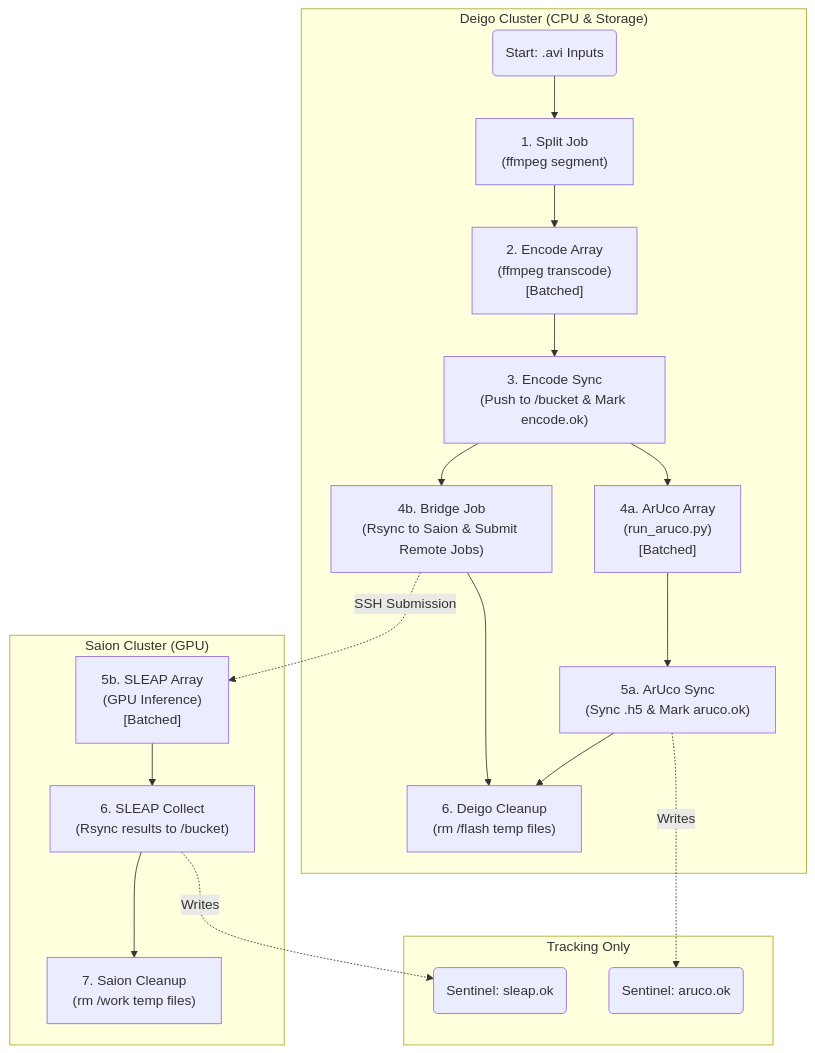
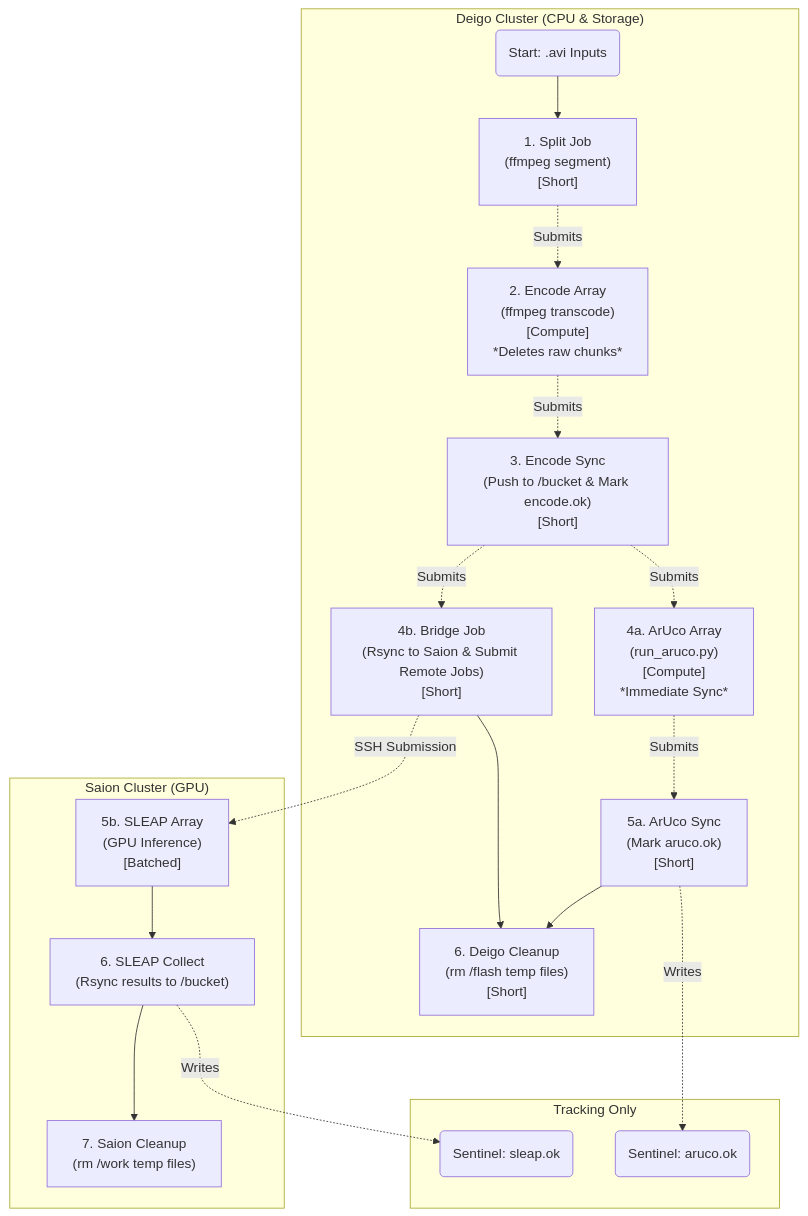
The diagram in transcode_sleap_aruco_flow.md (oist/AntsArray), drawn with Mermaid before and after one commit. The commit also changed 1 other file, not shown here.

Commit message:
Update processing flow diagram and documentation
Added flow.png to visually represent the processing pipeline. Updated transcode_sleap_aruco_flow.md to clarify job types, add more detail to each step, and improve the description of the workflow.

````diff
--- a/transcode_sleap_aruco_flow.md
+++ b/transcode_sleap_aruco_flow.md
@@ -1,29 +1,30 @@
 ```mermaid
 
 graph TD
 
     subgraph Deigo["Deigo Cluster (CPU & Storage)"]
-        Start(Start: .avi Inputs) --> Split["1. Split Job<br/>(ffmpeg segment)"]
-        Split --> EncArray["2. Encode Array<br/>(ffmpeg transcode)<br/>[Batched]"]
-        EncArray --> EncSync["3. Encode Sync<br/>(Push to /bucket & Mark encode.ok)"]
+        Start(Start: .avi Inputs) --> Split["1. Split Job<br/>(ffmpeg segment)<br/>[Short]"]
+        
+        Split -.-> |Submits| EncArray["2. Encode Array<br/>(ffmpeg transcode)<br/>[Compute]<br/>*Deletes raw chunks*"]
+        EncArray -.-> |Submits| EncSync["3. Encode Sync<br/>(Push to /bucket & Mark encode.ok)<br/>[Short]"]
 
-        EncSync --> ArucoArray["4a. ArUco Array<br/>(run_aruco.py)<br/>[Batched]"]
-        EncSync --> Bridge["4b. Bridge Job<br/>(Rsync to Saion & Submit Remote Jobs)"]
-
-        ArucoArray --> ArucoSync["5a. ArUco Sync<br/>(Sync .h5 & Mark aruco.ok)"]
+        EncSync -.-> |Submits| ArucoArray["4a. ArUco Array<br/>(run_aruco.py)<br/>[Compute]<br/>*Immediate Sync*"]
+        EncSync -.-> |Submits| Bridge["4b. Bridge Job<br/>(Rsync to Saion & Submit Remote Jobs)<br/>[Short]"]
         
-        Bridge --> DeigoCleanup["6. Deigo Cleanup<br/>(rm /flash temp files)"]
+        ArucoArray -.-> |Submits| ArucoSync["5a. ArUco Sync<br/>(Mark aruco.ok)<br/>[Short]"]
+        
+        Bridge --> DeigoCleanup["6. Deigo Cleanup<br/>(rm /flash temp files)<br/>[Short]"]
         ArucoSync --> DeigoCleanup
     end
 
     subgraph Saion["Saion Cluster (GPU)"]
         Bridge -.-> |SSH Submission| SleapArray["5b. SLEAP Array<br/>(GPU Inference)<br/>[Batched]"]
         SleapArray --> SleapCollect["6. SLEAP Collect<br/>(Rsync results to /bucket)"]
         SleapCollect --> SaionCleanup["7. Saion Cleanup<br/>(rm /work temp files)"]
     end
 
     subgraph Coordination["Tracking Only"]
         SleapCollect -.-> |Writes| SleapSignal("Sentinel: sleap.ok")
         ArucoSync -.-> |Writes| ArucoSignal("Sentinel: aruco.ok")
     end
 ```
````
